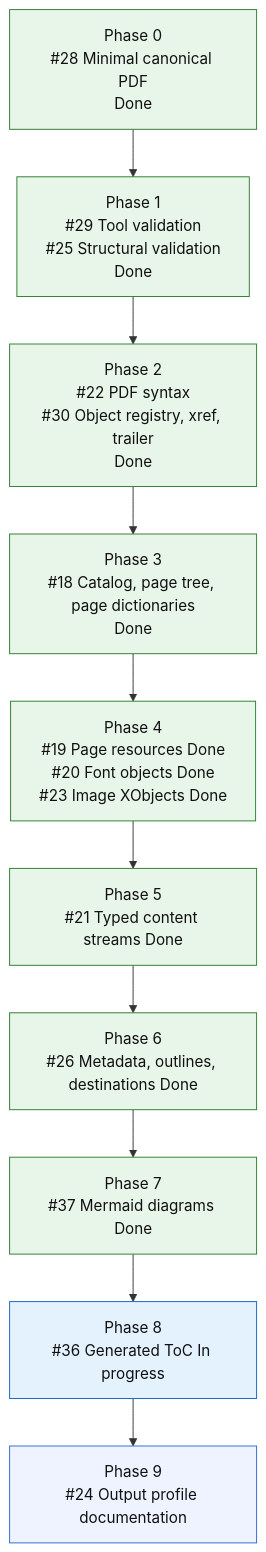
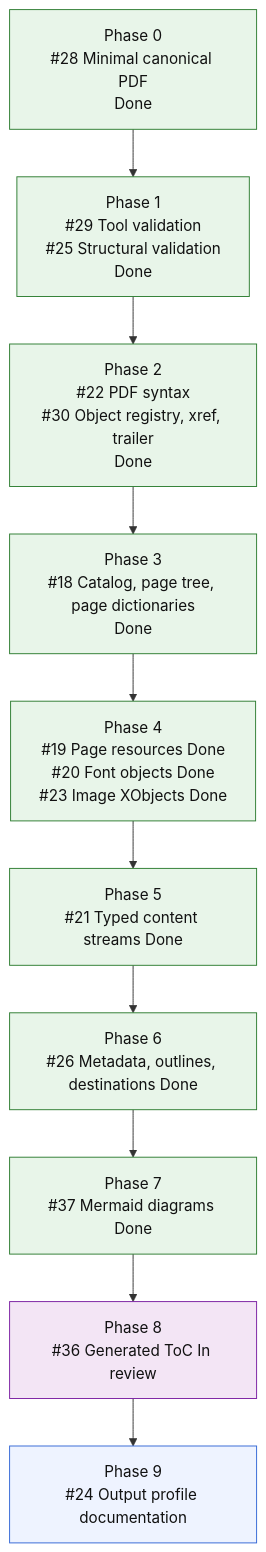
The diagram in README.md (mihaelamj/MarkdownPDF), drawn with Mermaid before and after one commit.

Commit message:
docs(roadmap): mark ToC in review

````diff
--- a/README.md
+++ b/README.md
@@ -138,24 +138,24 @@
 ```mermaid
 flowchart TD
     P0["Phase 0<br/>#28 Minimal canonical PDF<br/>Done"]
     P1["Phase 1<br/>#29 Tool validation<br/>#25 Structural validation<br/>Done"]
     P2["Phase 2<br/>#22 PDF syntax<br/>#30 Object registry, xref, trailer<br/>Done"]
     P3["Phase 3<br/>#18 Catalog, page tree, page dictionaries<br/>Done"]
     P4["Phase 4<br/>#19 Page resources Done<br/>#20 Font objects Done<br/>#23 Image XObjects Done"]
     P5["Phase 5<br/>#21 Typed content streams Done"]
     P6["Phase 6<br/>#26 Metadata, outlines, destinations Done"]
     P7["Phase 7<br/>#37 Mermaid diagrams Done"]
-    P8["Phase 8<br/>#36 Generated ToC In progress"]
+    P8["Phase 8<br/>#36 Generated ToC In review"]
     P9["Phase 9<br/>#24 Output profile documentation"]
 
     P0 --> P1 --> P2 --> P3 --> P4 --> P5 --> P6 --> P7 --> P8 --> P9
 
     classDef done fill:#e8f5e9,stroke:#2e7d32,color:#111;
     classDef active fill:#e3f2fd,stroke:#1565c0,color:#111;
     classDef review fill:#f3e5f5,stroke:#7b1fa2,color:#111;
     classDef next fill:#fff8e1,stroke:#f9a825,color:#111;
     classDef todo fill:#eef3ff,stroke:#3367d6,color:#111;
     class P0,P1,P2,P3,P4,P5,P6,P7 done;
-    class P8 active;
+    class P8 review;
     class P9 todo;
 ```
````
